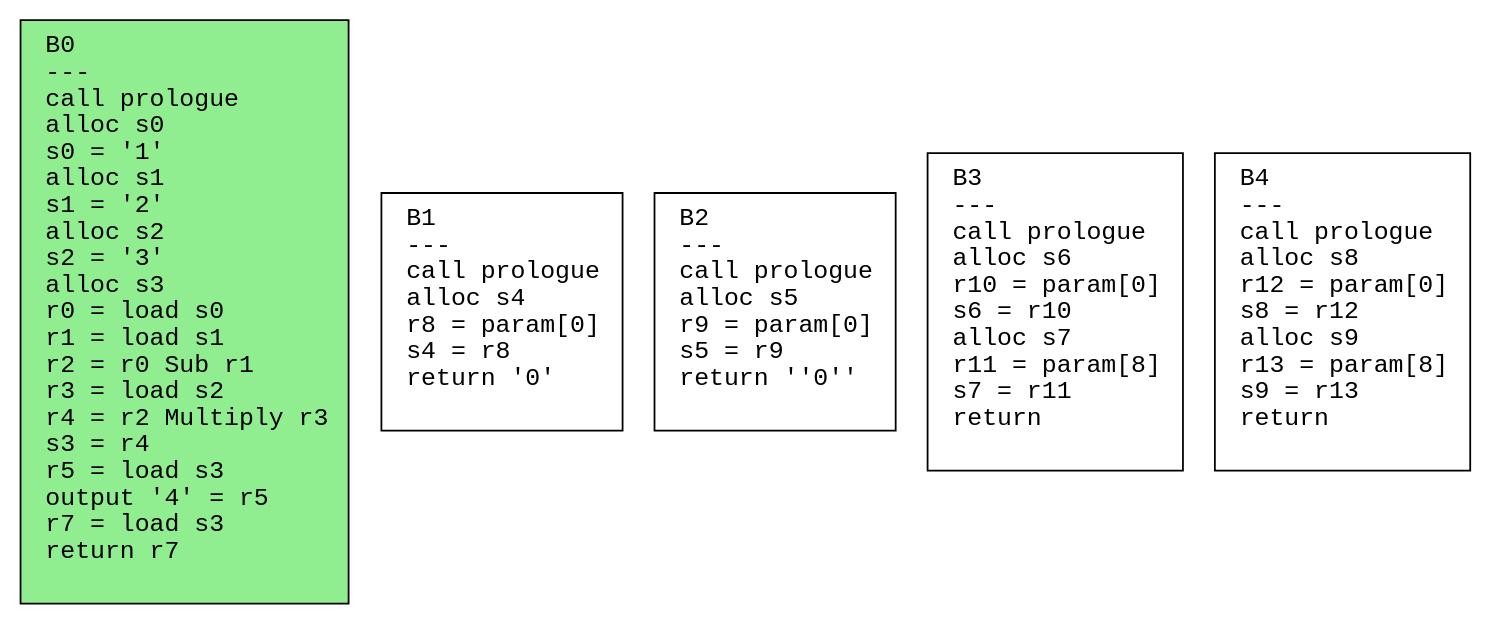
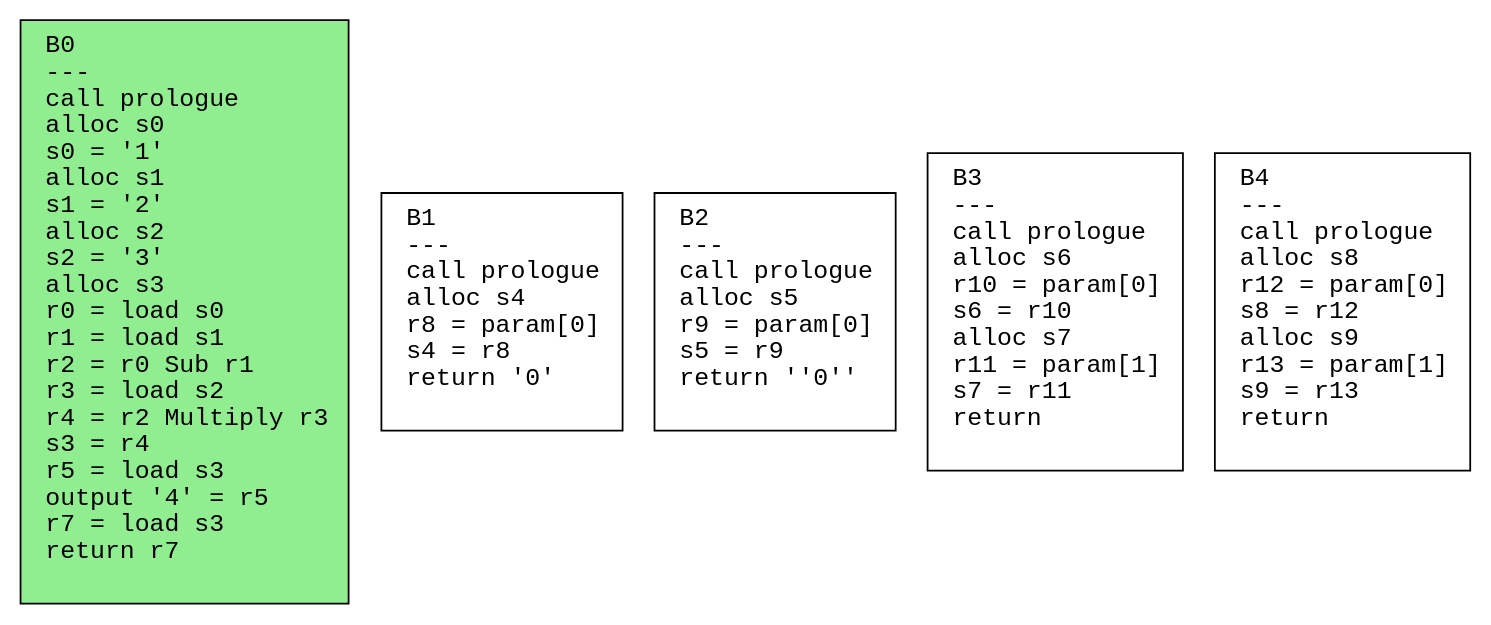
The diagram in output/calc.dot (safarislava/ProcTranslator), drawn with Graphviz before and after one commit. The commit also changed 28 other files, not shown here.

```diff
--- a/output/calc.dot
+++ b/output/calc.dot
@@ -1,12 +1,12 @@
 digraph CFG {
   rankdir=TB;
   node [shape=box, fontname="Courier", style=filled, fillcolor=white, margin="0.2,0.1"];
   edge [fontname="Courier"];
 
   "B0" [label="B0\l---\lcall prologue\lalloc s0\ls0 = '1'\lalloc s1\ls1 = '2'\lalloc s2\ls2 = '3'\lalloc s3\lr0 = load s0\lr1 = load s1\lr2 = r0 Sub r1\lr3 = load s2\lr4 = r2 Multiply r3\ls3 = r4\lr5 = load s3\loutput '4' = r5\lr7 = load s3\lreturn r7\l "];
   "B1" [label="B1\l---\lcall prologue\lalloc s4\lr8 = param[0]\ls4 = r8\lreturn '0'\l "];
   "B2" [label="B2\l---\lcall prologue\lalloc s5\lr9 = param[0]\ls5 = r9\lreturn ''0''\l "];
-  "B3" [label="B3\l---\lcall prologue\lalloc s6\lr10 = param[0]\ls6 = r10\lalloc s7\lr11 = param[8]\ls7 = r11\lreturn\l "];
-  "B4" [label="B4\l---\lcall prologue\lalloc s8\lr12 = param[0]\ls8 = r12\lalloc s9\lr13 = param[8]\ls9 = r13\lreturn\l "];
+  "B3" [label="B3\l---\lcall prologue\lalloc s6\lr10 = param[0]\ls6 = r10\lalloc s7\lr11 = param[1]\ls7 = r11\lreturn\l "];
+  "B4" [label="B4\l---\lcall prologue\lalloc s8\lr12 = param[0]\ls8 = r12\lalloc s9\lr13 = param[1]\ls9 = r13\lreturn\l "];
   "B0" [fillcolor=lightgreen];
 }
```
